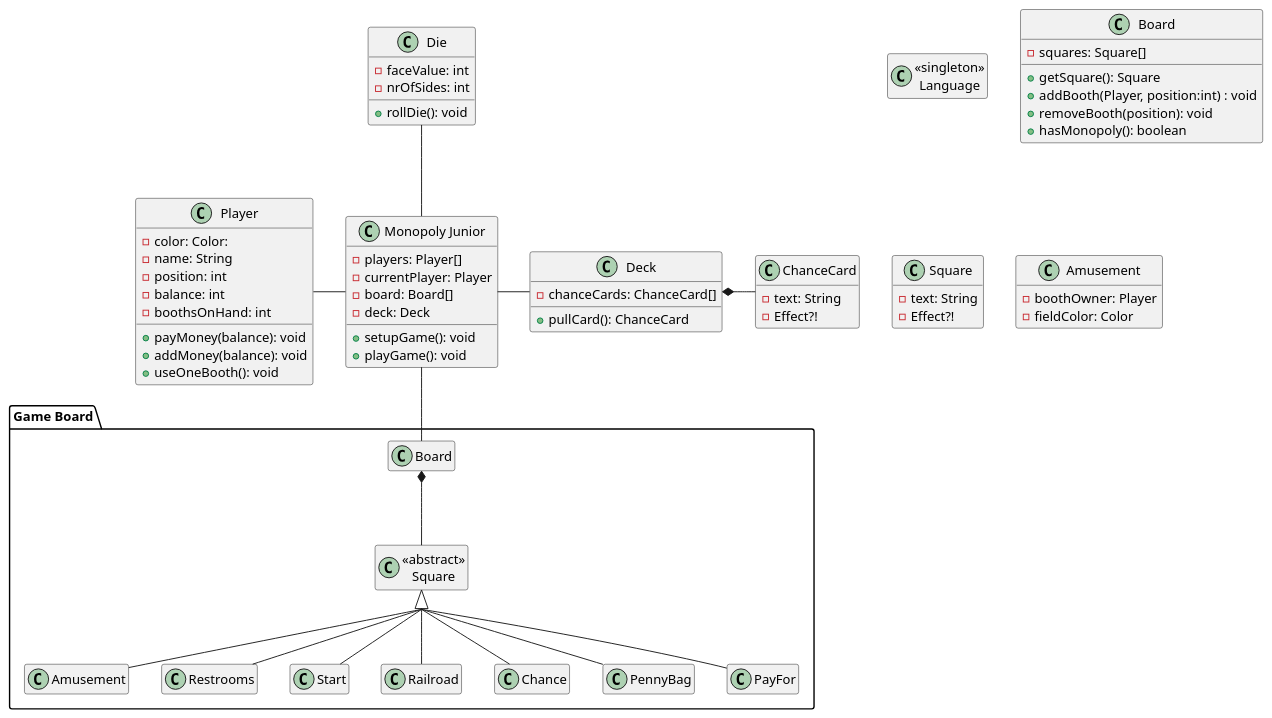
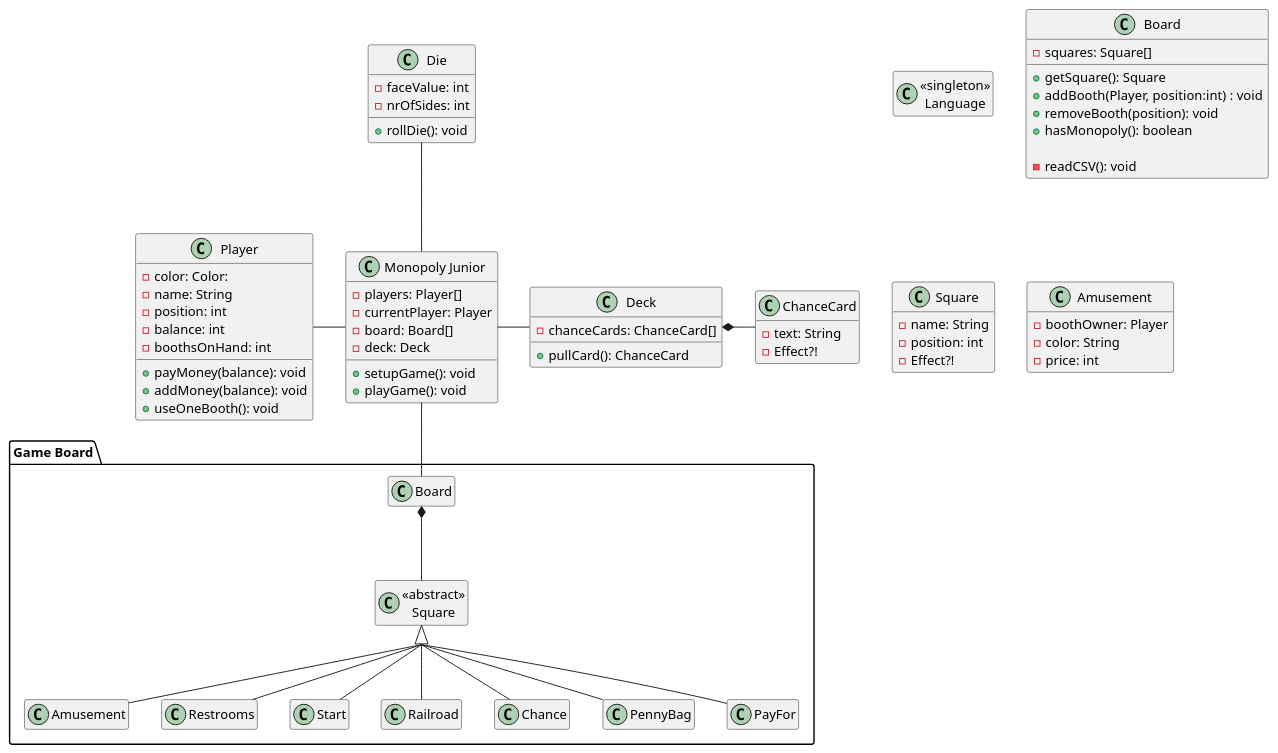
One commit to Greve2001/CDIO3 changed the diagram in diagrams/Designklasse.puml. Above: the diagram before and after it, drawn with PlantUML.

Commit message:
added variables and methods in Board package

```diff
--- a/diagrams/Designklasse.puml
+++ b/diagrams/Designklasse.puml
@@ -1,99 +1,103 @@
 @startuml
 
 hide empty members
 skinparam groupInheritance 2
 
 class "Monopoly Junior" as Game
 class Die
 
 package "Game Board" {
     class Board
 
     class "<<abstract>>\nSquare" as Square
         class Amusement
         class Restrooms
         class Start
         class Railroad
         class Chance
         class PennyBag
         class PayFor
 }
 
 class Deck
 class ChanceCard
 class Player
 class "<<singleton>>\nLanguage" as Language
 
 Game -up- Die
 Game -right- Deck
     Deck *-right- ChanceCard
 Game -left- Player
 Game -down- Board
     Board *-down- Square
     Square <|-- Restrooms
     Square <|-- Amusement
     Square <|-- Railroad
     Square <|-- PayFor
     Square <|-- PennyBag
     Square <|-- Start
     Square <|-- Chance
 
 class Game {
     -players: Player[]
     -currentPlayer: Player
     -board: Board[]
     -deck: Deck
 
     +setupGame(): void
     +playGame(): void
 }
 
 class Board {
     -squares: Square[]
 
     +getSquare(): Square
     +addBooth(Player, position:int) : void
     +removeBooth(position): void
     +hasMonopoly(): boolean
+
+    -readCSV(): void
 }
 
 class Square {
-    -text: String
+    -name: String
+    -position: int
     -Effect?!
 }
 
 class Die {
     -faceValue: int
     -nrOfSides: int
 
     +rollDie(): void
 }
 
 class Player {
     -color: Color:
     -name: String
     -position: int
     -balance: int
     -boothsOnHand: int
 
     +payMoney(balance): void
     +addMoney(balance): void
     +useOneBooth(): void
 }
 
 class Deck {
     -chanceCards: ChanceCard[]
 
     +pullCard(): ChanceCard
 }
 class ChanceCard {
     -text: String
     -Effect?!
 }
 class Amusement {
     -boothOwner: Player
-    -fieldColor: Color
+    -color: String
+    -price: int
 
 }
 
 @enduml
```
